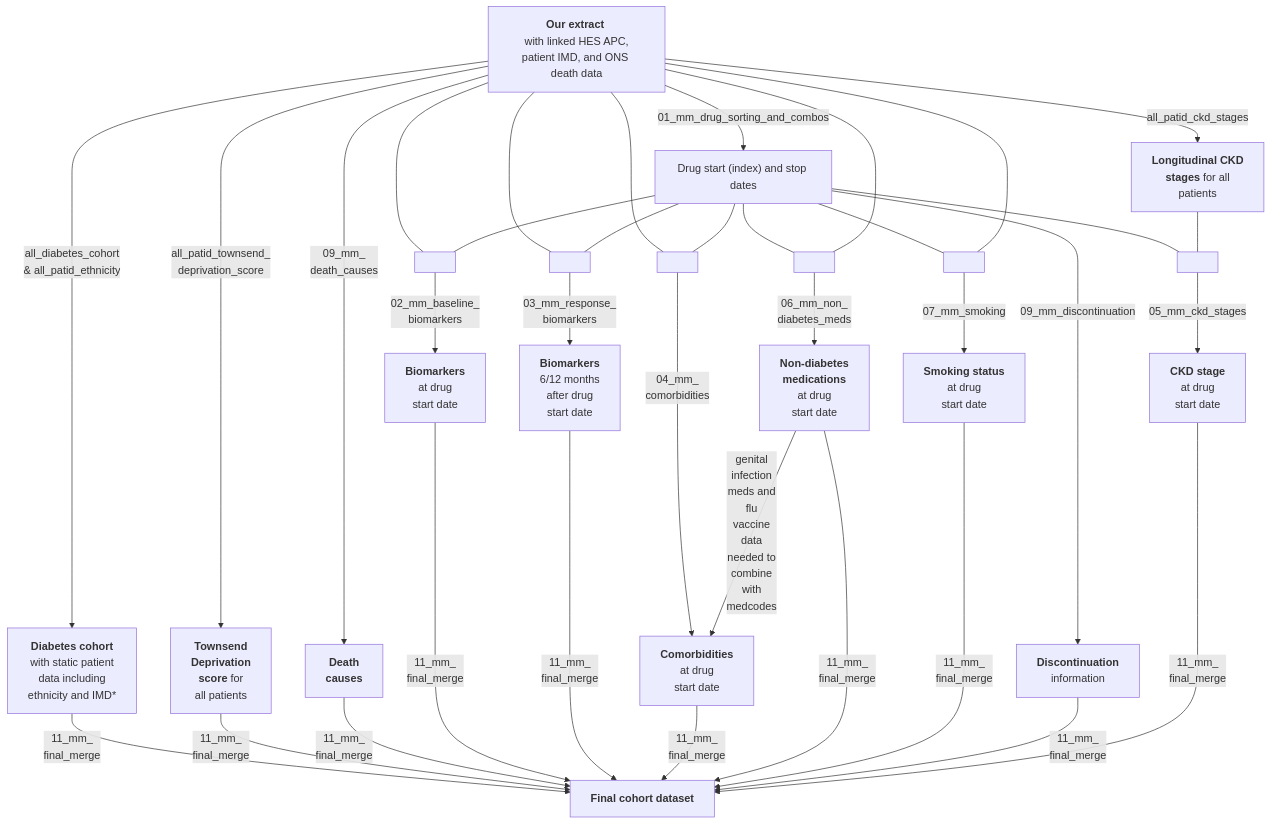
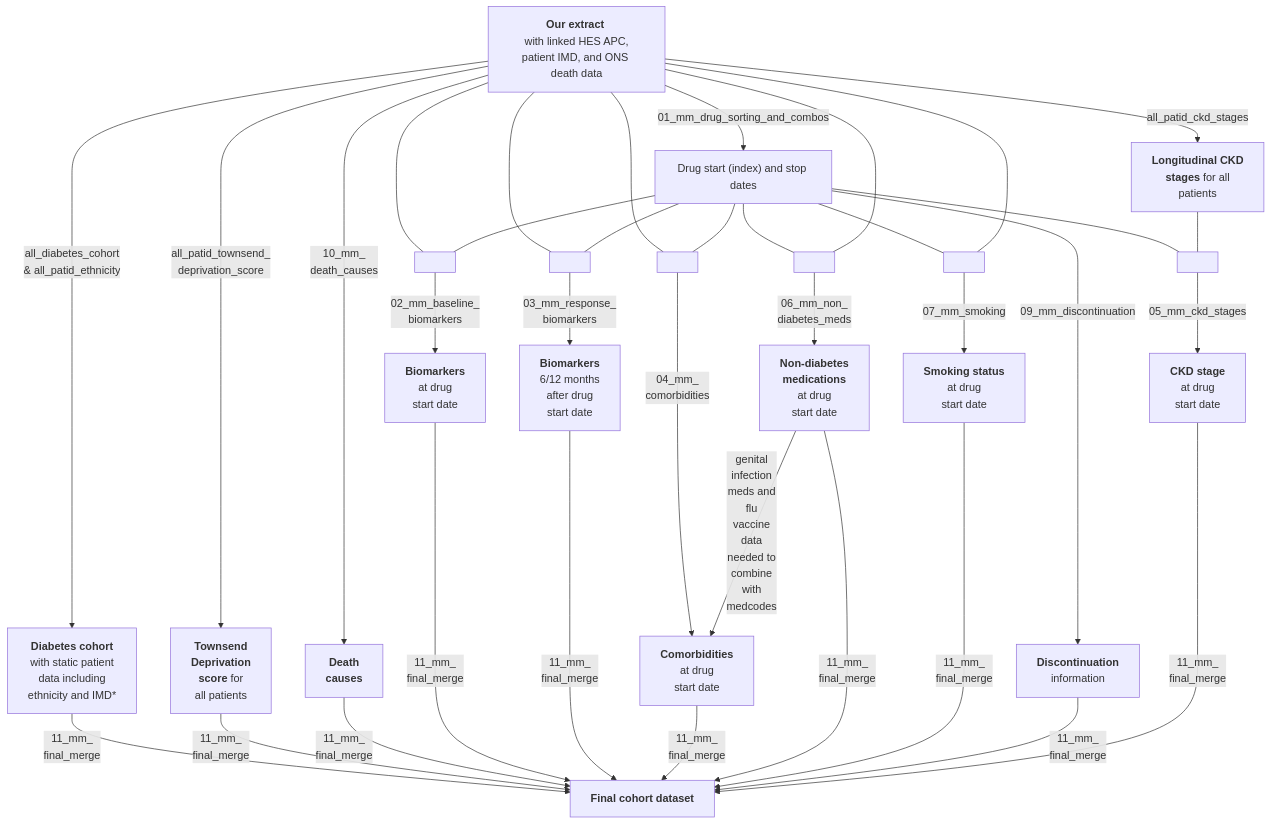
One commit to Exeter-Diabetes/CPRD-Cohort-scripts changed the diagram in 03-Treatment-response-(MASTERMIND)/README.md. Above: the diagram before and after it, drawn with Mermaid.

````diff
--- a/03-Treatment-response-(MASTERMIND)/README.md
+++ b/03-Treatment-response-(MASTERMIND)/README.md
@@ -13,48 +13,48 @@
 ```mermaid
 graph TD;
     A["<b>Our extract</b> <br> with linked HES APC, patient IMD, and ONS death data"] --> |"all_diabetes_cohort <br> & all_patid_ethnicity"|B["<b>Diabetes cohort<br></b> with static patient <br>data including <br>ethnicity and IMD*"]
     A-->|"all_patid_townsend_<br>deprivation_score"|N["<b>Townsend<br> Deprivation<br>score</b> for<br> all patients"]
-    A-->|"09_mm_<br>death_causes"|O["<b>Death<br>causes</b>"]
+    A-->|"10_mm_<br>death_causes"|O["<b>Death<br>causes</b>"]
     A-->|"01_mm_drug_sorting_and_combos"|H["Drug start (index) and stop dates"]
 
     A---Y[ ]:::empty
     H---Y
     Y-->|"02_mm_baseline_<br>biomarkers"|E["<b>Biomarkers</b> <br> at drug <br> start date"]
     
     A---T[ ]:::empty
     H---T
     T-->|"03_mm_response_<br>biomarkers"|L["<b>Biomarkers</b> <br> 6/12 months <br> after drug <br>start date"]
     
     A---W[ ]:::empty
     H---W
     W-->|"04_mm_<br>comorbidities"|F["<b>Comorbidities</b> <br> at drug <br> start date"]
     
     H---U[ ]:::empty
     A---U
     U-->|"06_mm_non_<br>diabetes_meds"|M["<b>Non-diabetes <br>medications</b> <br> at drug <br> start date"]
     
     M-->|"genital<br>infection<br>meds and<br>flu<br>vaccine<br>data<br>needed to<br>combine<br>with<br>medcodes"|F
     
     H---X[ ]:::empty
     A---X
     X-->|"07_mm_smoking"|G["<b>Smoking status</b> <br> at drug <br> start date"]
     
     H-->|"09_mm_discontinuation"|V["<b>Discontinuation</b><br> information"]
     
     A-->|"all_patid_ckd_stages"|C["<b>Longitudinal CKD <br> stages</b> for all <br> patients"]
     H---Z[ ]:::empty
     C---Z
     Z-->|"05_mm_ckd_stages"|I["<b>CKD stage </b> <br> at drug <br> start date"]
     
     
     B-->|"11_mm_<br>final_merge"|J["<b>Final cohort dataset</b>"]
     N-->|"11_mm_<br>final_merge"|J
     O-->|"11_mm_<br>final_merge"|J
     E-->|"11_mm_<br>final_merge"|J
     L-->|"11_mm_<br>final_merge"|J
     F-->|"11_mm_<br>final_merge"|J
     M-->|"11_mm_<br>final_merge"|J  
     G-->|"11_mm_<br>final_merge"|J
     V-->|"11_mm_<br>final_merge"|J
     I-->|"11_mm_<br>final_merge"|J  
 ```
````
